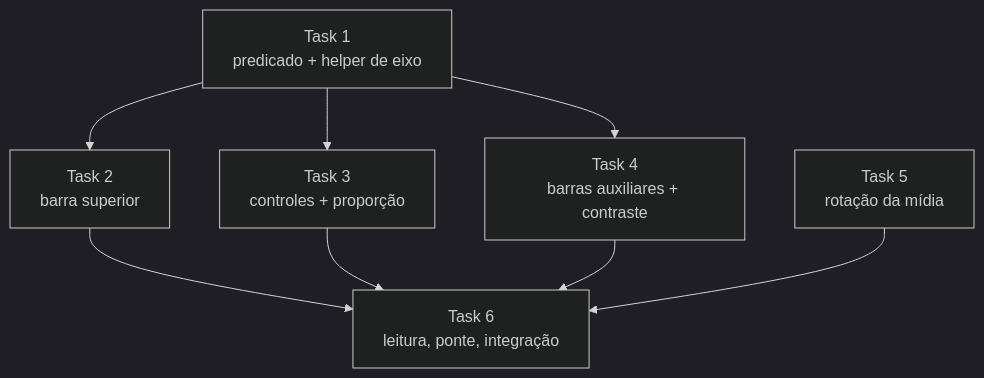
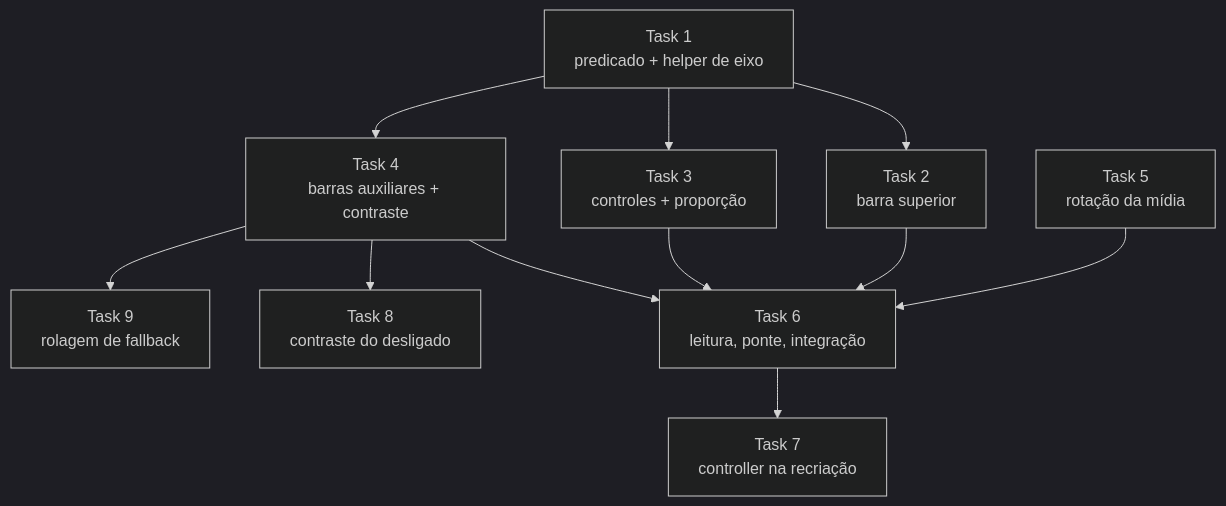
Before and after one commit to alvesmaicon/space-camera: the diagram in specs/2026-08-03-adaptive-layout/tasks.md, drawn with Mermaid (dark theme). The commit also changed other lines of this file and 4 other files, not shown here.

First line of the commit message:
fix(layout): contraste do estado desligado e rolagem de fallback

````diff
--- a/specs/2026-08-03-adaptive-layout/tasks.md
+++ b/specs/2026-08-03-adaptive-layout/tasks.md
@@ -253,17 +434,24 @@
 ```mermaid
 graph TD
     T1[Task 1<br/>predicado + helper de eixo]
     T2[Task 2<br/>barra superior]
     T3[Task 3<br/>controles + proporção]
     T4[Task 4<br/>barras auxiliares + contraste]
     T5[Task 5<br/>rotação da mídia]
     T6[Task 6<br/>leitura, ponte, integração]
 
+    T7[Task 7<br/>controller na recriação]
+    T8[Task 8<br/>contraste do desligado]
+    T9[Task 9<br/>rolagem de fallback]
+
     T1 --> T2
     T1 --> T3
     T1 --> T4
     T2 --> T6
     T3 --> T6
     T4 --> T6
     T5 --> T6
+    T6 --> T7
+    T4 --> T8
+    T4 --> T9
 ```
````
